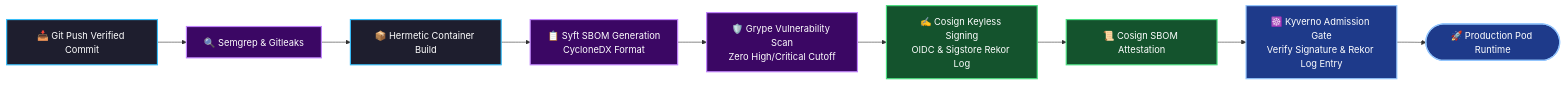
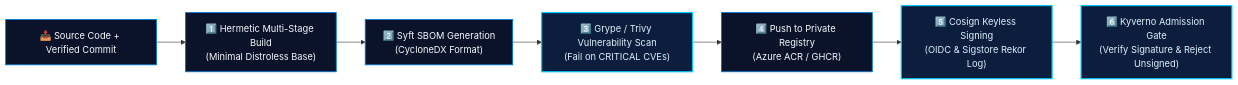
The ninth of 9 diagrams in README.md (Dev-opsRahul/Dev-opsRahul), drawn with Mermaid before and after one commit. The commit also changed other lines of this file, not shown here.

````diff
--- a/README.md
+++ b/README.md
@@ -184,16 +415,13 @@
 ```mermaid
 flowchart LR
-    classDef step fill:#1e1e2e,stroke:#38bdf8,stroke-width:2px,color:#ffffff;
-    classDef scan fill:#3b0764,stroke:#c084fc,stroke-width:2px,color:#ffffff;
-    classDef sign fill:#14532d,stroke:#4ade80,stroke-width:2px,color:#ffffff;
-    classDef k8s fill:#1e3a8a,stroke:#93c5fd,stroke-width:2px,color:#ffffff;
+    Source["📥 Source Code + Verified Commit"] --> Build["1️⃣ Hermetic Multi-Stage Build\n(Minimal Distroless Base)"]
+    Build --> SBOM["2️⃣ Syft SBOM Generation\n(CycloneDX Format)"]
+    SBOM --> Scan["3️⃣ Grype / Trivy Vulnerability Scan\n(Fail on CRITICAL CVEs)"]
+    Scan --> Push["4️⃣ Push to Private Registry\n(Azure ACR / GHCR)"]
+    Push --> Sign["5️⃣ Cosign Keyless Signing\n(OIDC & Sigstore Rekor Log)"]
+    Sign --> Admission["6️⃣ Kyverno Admission Gate\n(Verify Signature & Reject Unsigned)"]
 
-    Commit[📥 Git Push Verified Commit]:::step --> SAST[🔍 Semgrep & Gitleaks]:::scan
-    SAST --> Build[📦 Hermetic Container Build]:::step
-    Build --> SBOM[📋 Syft SBOM Generation<br/>CycloneDX Format]:::scan
-    SBOM --> Vuln[🛡️ Grype Vulnerability Scan<br/>Zero High/Critical Cutoff]:::scan
-    Vuln --> Sign[✍️ Cosign Keyless Signing<br/>OIDC & Sigstore Rekor Log]:::sign
-    Sign --> Attest[📜 Cosign SBOM Attestation]:::sign
-    Attest --> Admission[☸️ Kyverno Admission Gate<br/>Verify Signature & Rekor Log Entry]:::k8s
-    Admission --> Deploy([🚀 Production Pod Runtime]):::k8s
+    classDef default fill:#0B132B,stroke:#0078D4,stroke-width:1.5px,color:#F8FAFC;
+    classDef highlight fill:#0C1E3D,stroke:#00C7FF,stroke-width:2px,color:#E0F2FE;
+    class Scan,Sign,Admission highlight;
 ```
````
